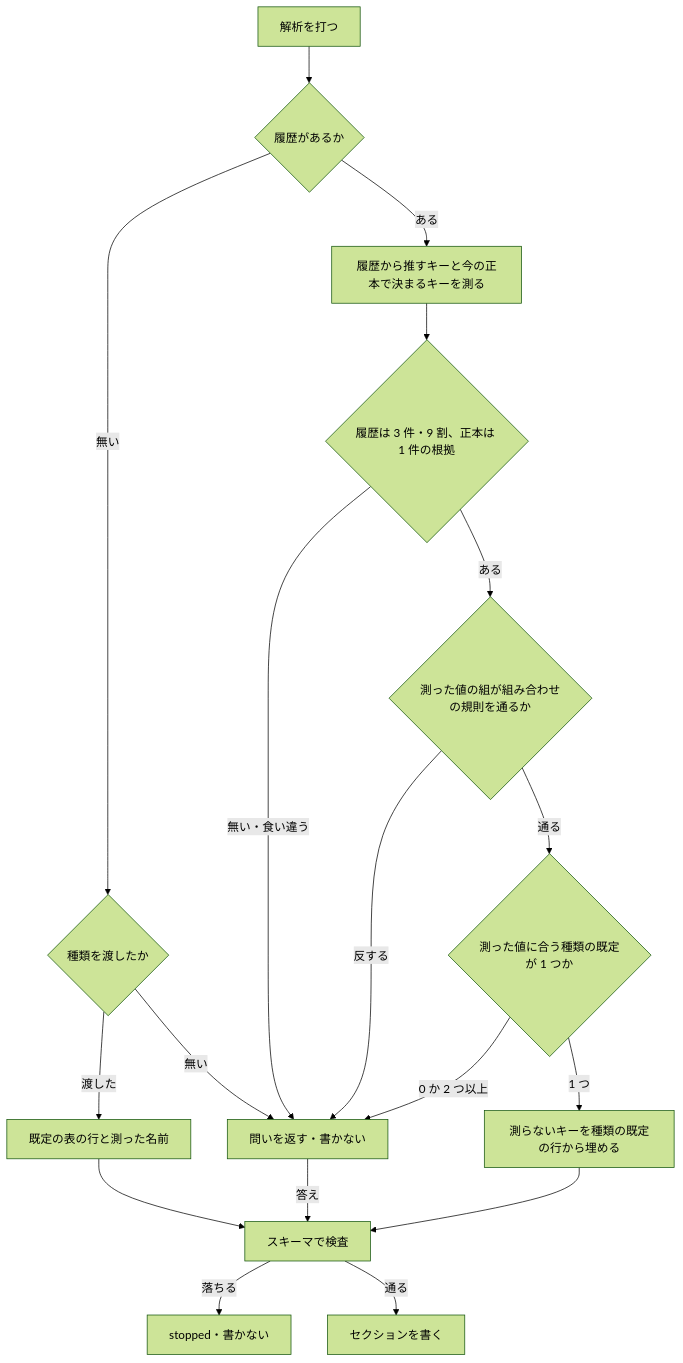
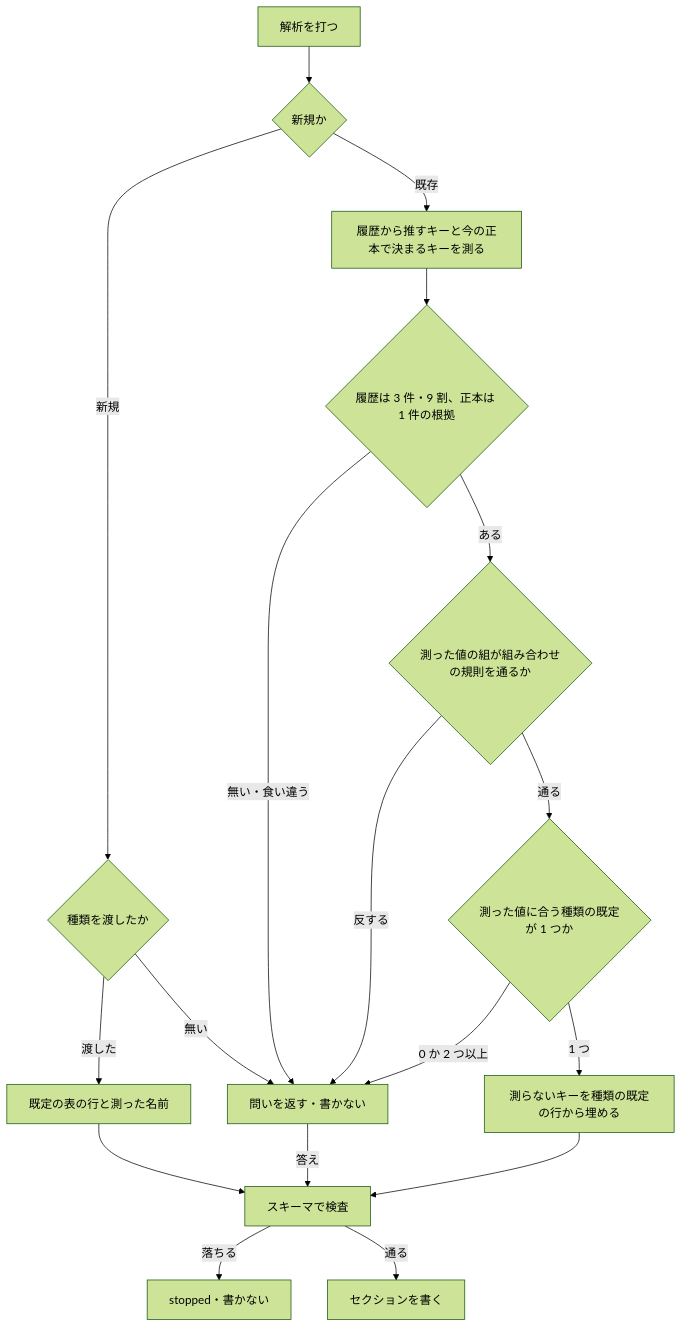
One commit to devbasex/ai-plugins changed the second of 3 diagrams in issues/issue-3672-design.md. Above: the diagram before and after it, drawn with Mermaid (forest theme). The commit also changed other lines of this file and 4 other files, not shown here.

````diff
--- a/issues/issue-3672-design.md
+++ b/issues/issue-3672-design.md
@@ -281,20 +296,20 @@
 ```mermaid
 flowchart TD
-    A[解析を打つ] --> B{履歴があるか}
-    B -->|無い| C{種類を渡したか}
+    A[解析を打つ] --> B{新規か}
+    B -->|新規| C{種類を渡したか}
     C -->|渡した| D[既定の表の行と測った名前]
     C -->|無い| Q[問いを返す・書かない]
-    B -->|ある| E[履歴から推すキーと今の正本で決まるキーを測る]
+    B -->|既存| E[履歴から推すキーと今の正本で決まるキーを測る]
     E --> F{履歴は 3 件・9 割、正本は 1 件の根拠}
     F -->|無い・食い違う| Q
     F -->|ある| R{測った値の組が組み合わせの規則を通るか}
     R -->|反する| Q
     R -->|通る| K{測った値に合う種類の既定が 1 つか}
     K -->|0 か 2 つ以上| Q
     K -->|1 つ| P[測らないキーを種類の既定の行から埋める]
     P --> G[スキーマで検査]
     D --> G
     Q -->|答え| G
     G -->|落ちる| S[stopped・書かない]
     G -->|通る| W[セクションを書く]
 ```
````
